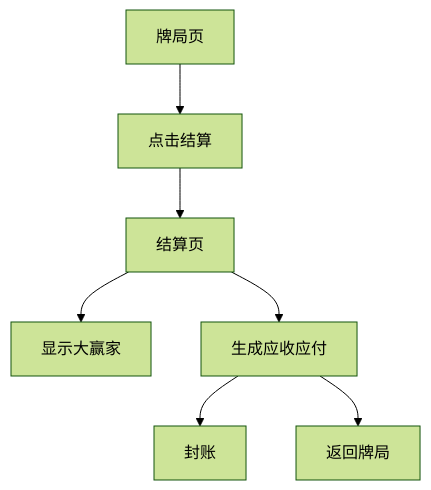
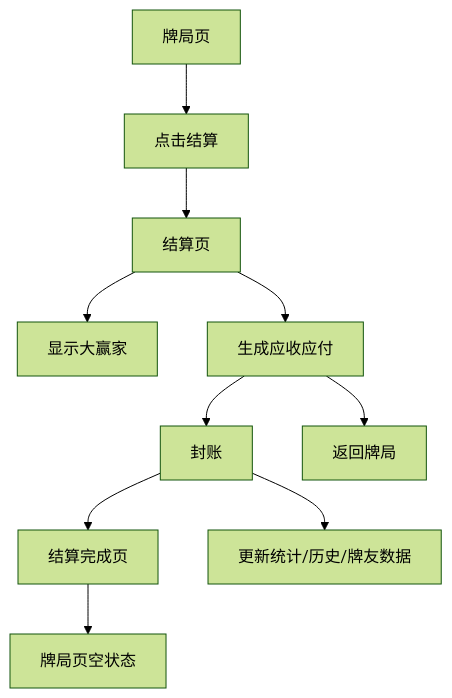
The fourth of 5 diagrams in prototype/PROTOTYPE_DEV_SPEC.md (wrc99817/MahjongApp), drawn with Mermaid (forest theme) before and after one commit. The commit also changed other lines of this file and 12 other files, not shown here.

````diff
--- a/prototype/PROTOTYPE_DEV_SPEC.md
+++ b/prototype/PROTOTYPE_DEV_SPEC.md
@@ -196,9 +273,12 @@
 ```mermaid
 flowchart TD
   Game["牌局页"] --> Settle["点击结算"]
   Settle --> Summary["结算页"]
   Summary --> Winner["显示大赢家"]
   Summary --> Payables["生成应收应付"]
   Payables --> CloseBook["封账"]
+  CloseBook --> Done["结算完成页"]
+  Done --> EmptyGame["牌局页空状态"]
+  CloseBook --> StatsUpdate["更新统计/历史/牌友数据"]
   Payables --> BackGame["返回牌局"]
 ```
````
